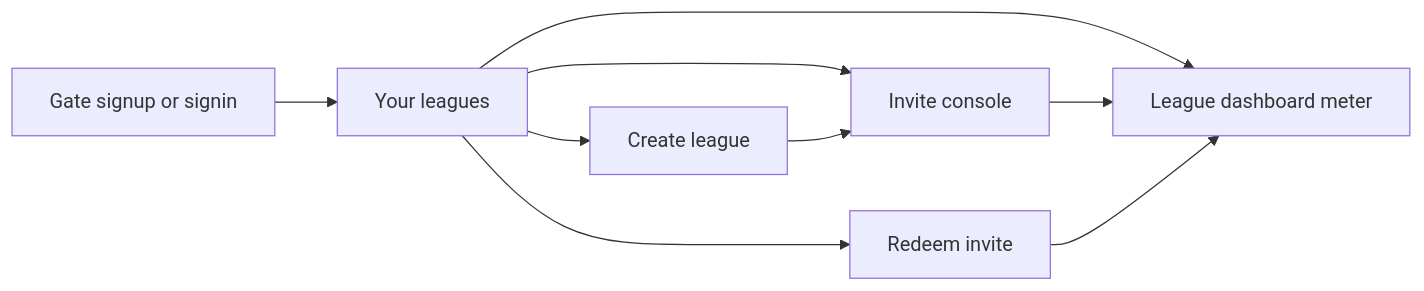
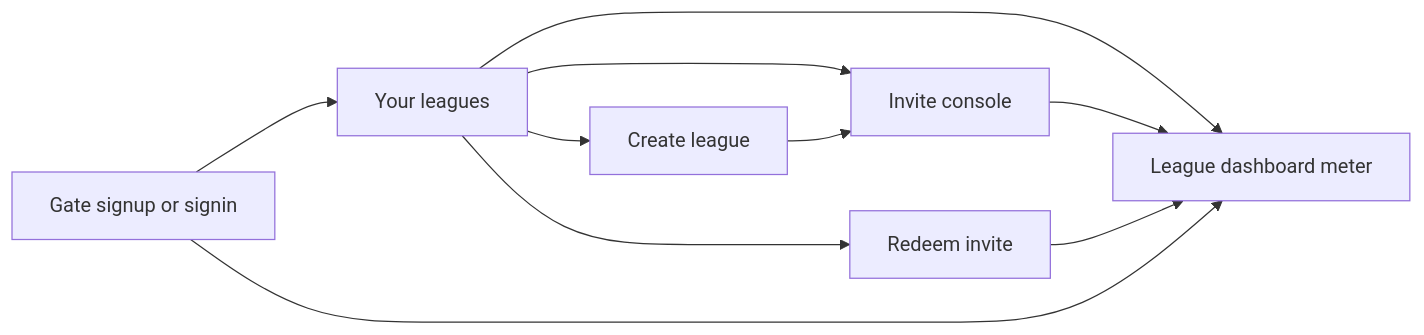
Before and after one commit to slabslip/cuckle-trade-tracker: the diagram in docs/APP_SDD.md, drawn with Mermaid. The commit also changed other lines of this file and 5 other files, not shown here.

````diff
--- a/docs/APP_SDD.md
+++ b/docs/APP_SDD.md
@@ -59,18 +59,19 @@
 ```mermaid
 flowchart LR
   Gate[Gate signup or signin]
   Home[Your leagues]
   Create[Create league]
   Invites[Invite console]
   Redeem[Redeem invite]
   Dash[League dashboard meter]
 
   Gate --> Home
   Home --> Create
   Home --> Redeem
   Home --> Invites
   Home --> Dash
   Create --> Invites
   Invites --> Dash
   Redeem --> Dash
+  Gate --> Dash
 ```
````
